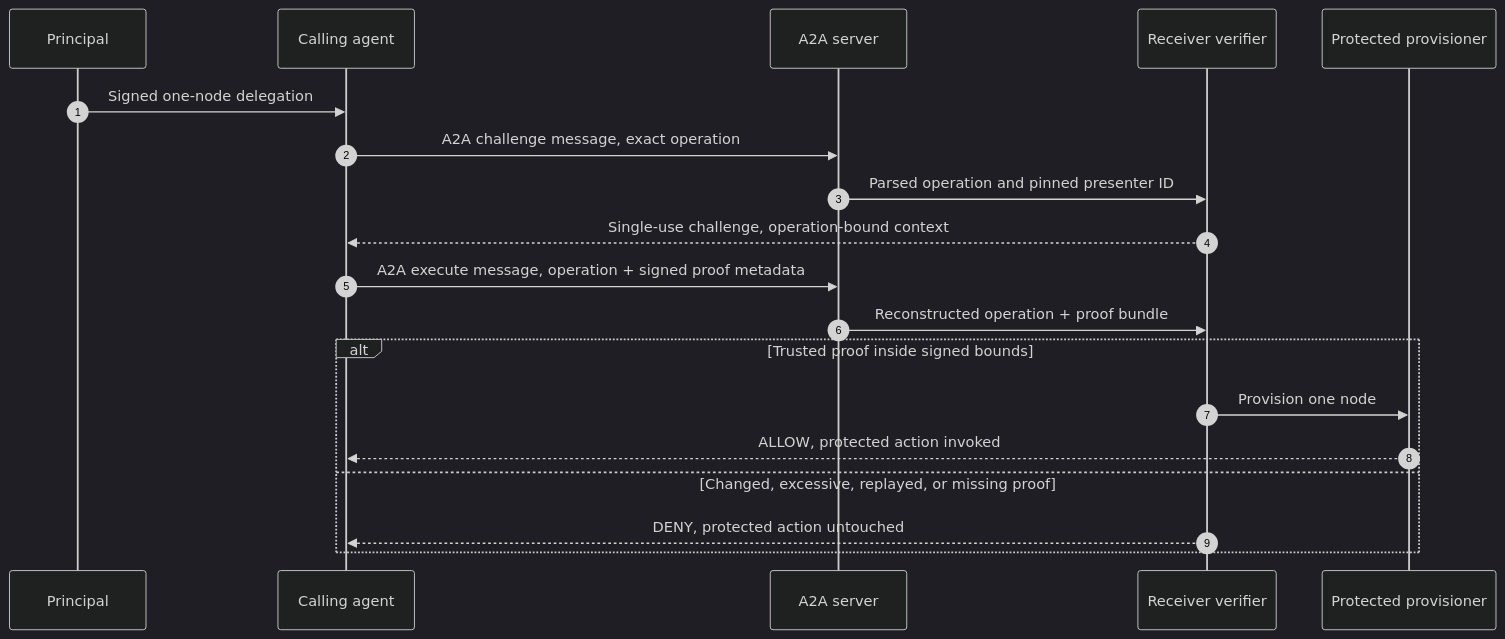
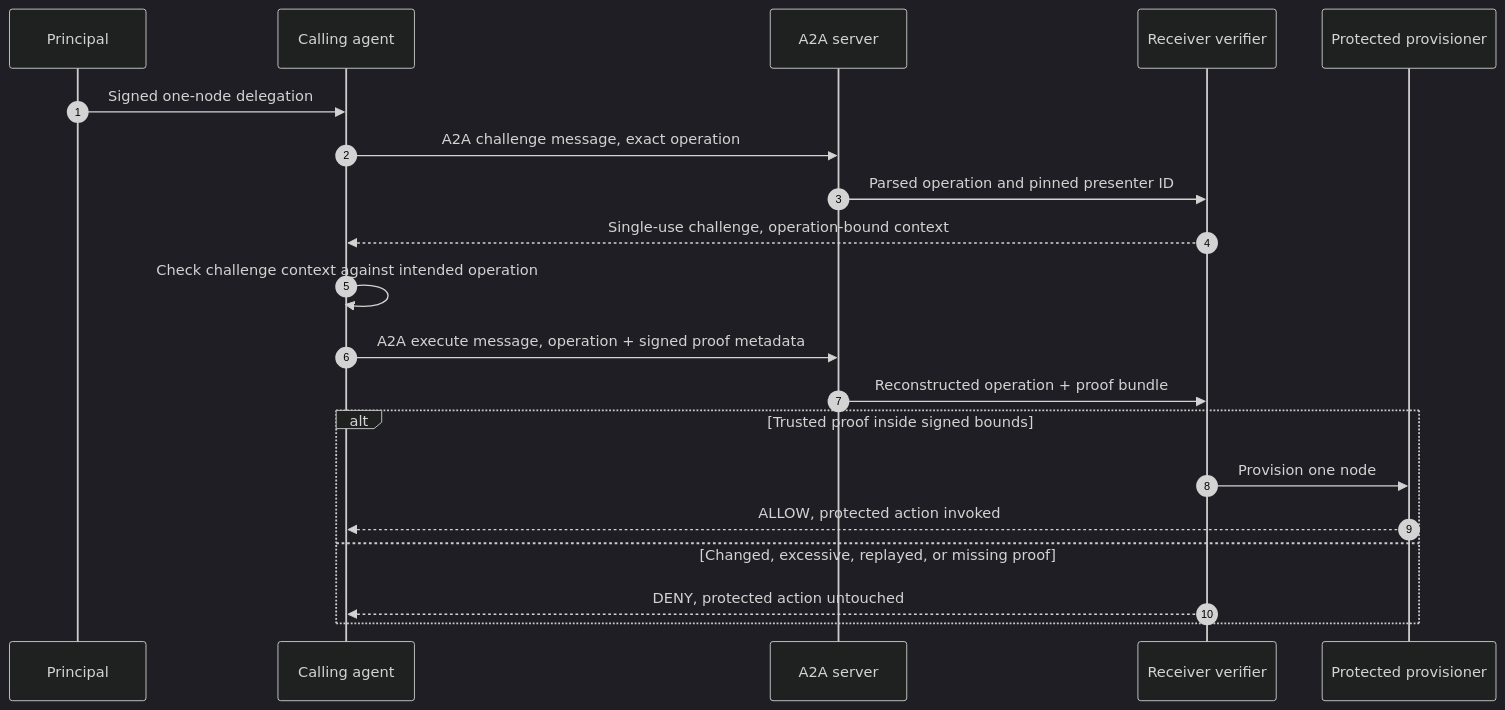
The second of 2 diagrams in references/a2a/README.md (identities-ai/ratify-protocol), drawn with Mermaid (dark theme) before and after one commit. The commit also changed other lines of this file and 6 other files, not shown here.

Commit message:
Verify A2A challenge matches intended operation

````diff
--- a/references/a2a/README.md
+++ b/references/a2a/README.md
@@ -64,21 +67,22 @@
 ```mermaid
 sequenceDiagram
     autonumber
     participant P as Principal
     participant C as Calling agent
     participant A as A2A server
     participant R as Receiver verifier
     participant T as Protected provisioner
     P->>C: Signed one-node delegation
     C->>A: A2A challenge message, exact operation
     A->>R: Parsed operation and pinned presenter ID
     R-->>C: Single-use challenge, operation-bound context
+    C->>C: Check challenge context against intended operation
     C->>A: A2A execute message, operation + signed proof metadata
     A->>R: Reconstructed operation + proof bundle
     alt Trusted proof inside signed bounds
         R->>T: Provision one node
         T-->>C: ALLOW, protected action invoked
     else Changed, excessive, replayed, or missing proof
         R-->>C: DENY, protected action untouched
     end
 ```
````
